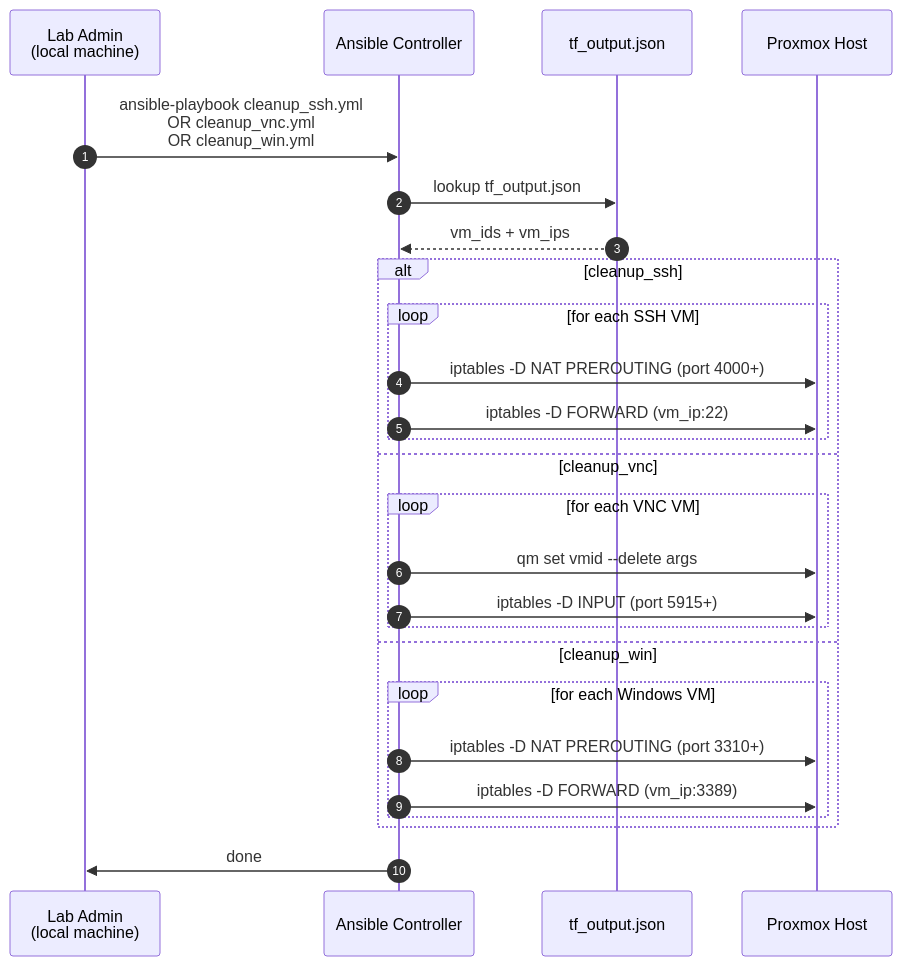
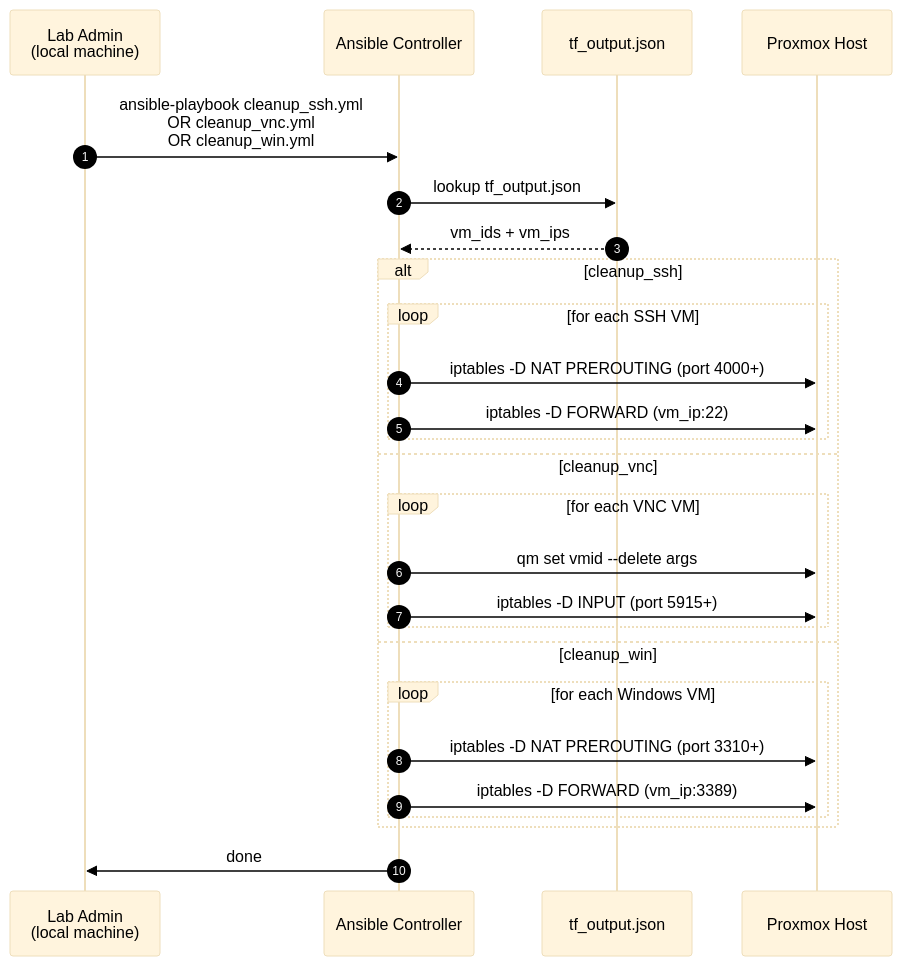
The second of 2 diagrams in playsoft-infra/ansible/SEQUENCE.md (abdou-ing/playsoft-jilani-gharbi), drawn with Mermaid before and after one commit. The commit also changed other lines of this file, not shown here.

Commit message:
sequence diagram add color

````diff
--- a/playsoft-infra/ansible/SEQUENCE.md
+++ b/playsoft-infra/ansible/SEQUENCE.md
@@ -115,32 +116,33 @@
 ```mermaid
+%%{init: {'theme': 'base', 'themeVariables': {'textColor': '#000000', 'actorTextColor': '#000000', 'signalColor': '#000000', 'signalTextColor': '#000000', 'noteTextColor': '#000000', 'loopTextColor': '#000000', 'activationBorderColor': '#000000'}}}%%
 sequenceDiagram
     autonumber
     participant Op as Lab Admin<br/>(local machine)
     participant AC as Ansible Controller
     participant TF as tf_output.json
     participant PVE as Proxmox Host
 
     Op->>AC: ansible-playbook cleanup_ssh.yml<br/>OR cleanup_vnc.yml<br/>OR cleanup_win.yml
 
     AC->>TF: lookup tf_output.json
     TF-->>AC: vm_ids + vm_ips
 
     alt cleanup_ssh
         loop for each SSH VM
             AC->>PVE: iptables -D NAT PREROUTING (port 4000+)
             AC->>PVE: iptables -D FORWARD (vm_ip:22)
         end
     else cleanup_vnc
         loop for each VNC VM
             AC->>PVE: qm set vmid --delete args
             AC->>PVE: iptables -D INPUT (port 5915+)
         end
     else cleanup_win
         loop for each Windows VM
             AC->>PVE: iptables -D NAT PREROUTING (port 3310+)
             AC->>PVE: iptables -D FORWARD (vm_ip:3389)
         end
     end
 
     AC->>Op: done
 ```
````
